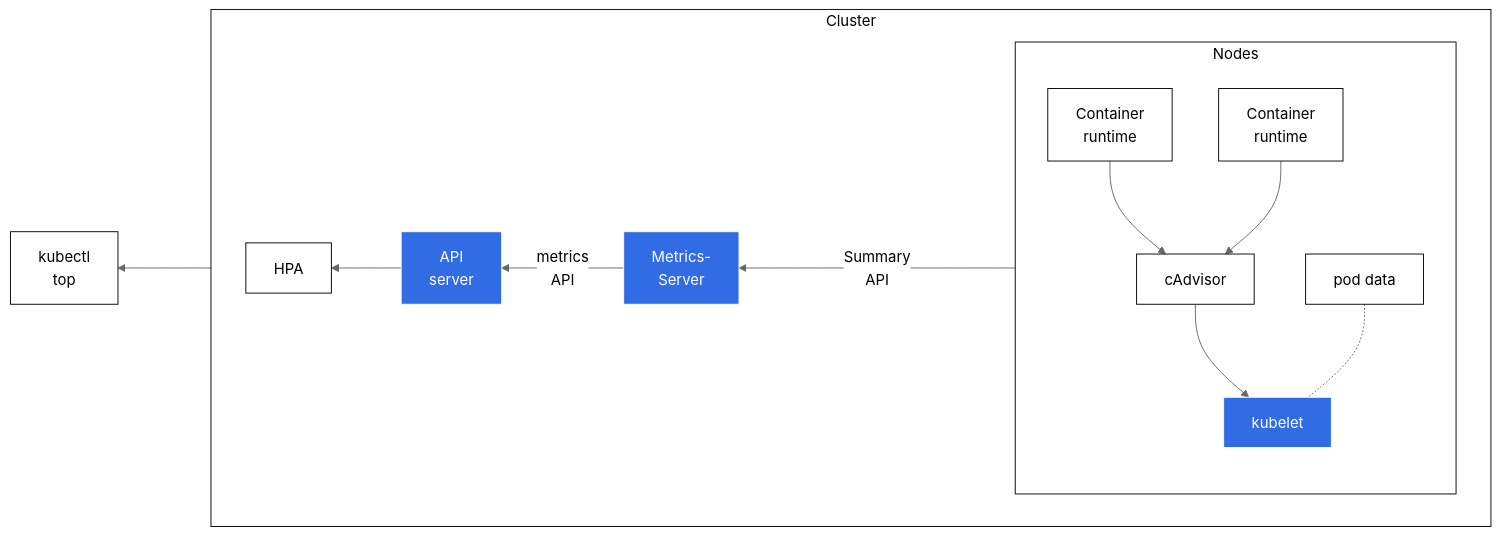
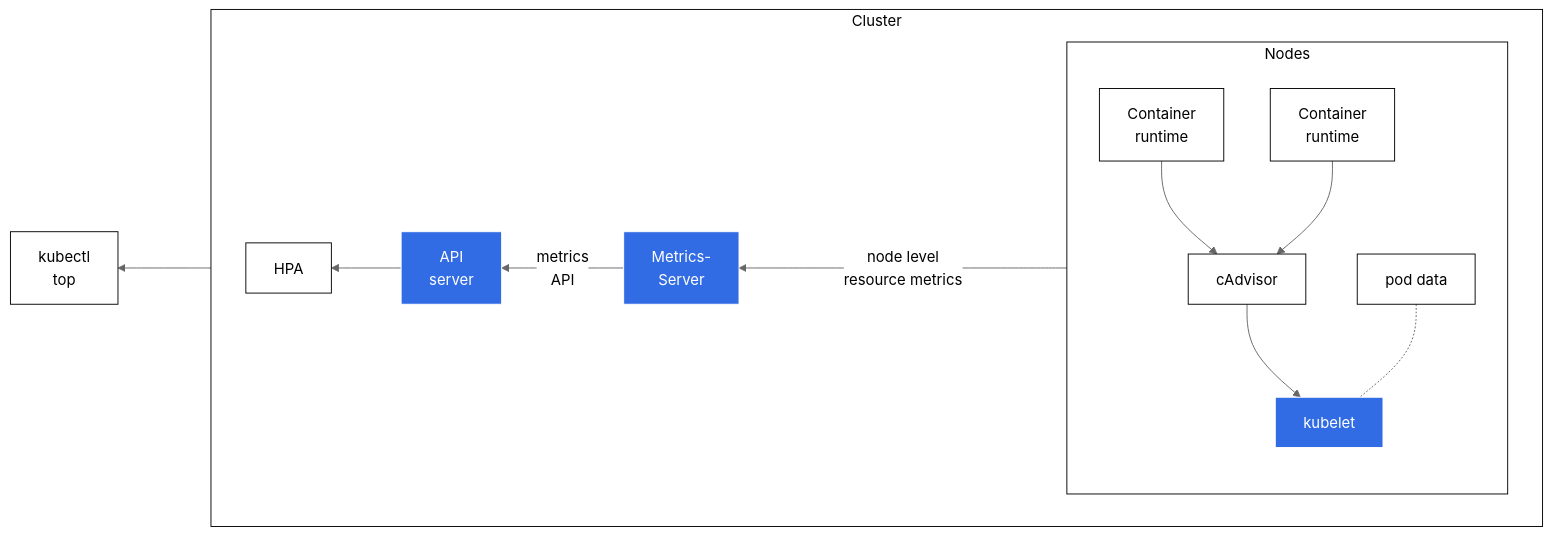
One commit to KimSJ15/kubernetes_website changed the diagram in content/en/docs/tasks/debug/debug-cluster/resource-metrics-pipeline.md. Above: the diagram before and after it, drawn with Mermaid (neutral theme). The commit also changed other lines of this file, not shown here.

First line of the commit message:
Change the indicator resource endpoint from the old version of Summar… (#41707)

```diff
--- a/content/en/docs/tasks/debug/debug-cluster/resource-metrics-pipeline.md
+++ b/content/en/docs/tasks/debug/debug-cluster/resource-metrics-pipeline.md
@@ -38,25 +38,25 @@
 {{< mermaid >}}
 flowchart RL
 subgraph cluster[Cluster]
 direction RL
 S[ <br><br> ]
 A[Metrics-<br>Server]
 subgraph B[Nodes]
 direction TB
 D[cAdvisor] --> C[kubelet]
 E[Container<br>runtime] --> D
 E1[Container<br>runtime] --> D
 P[pod data] -.- C
 end
 L[API<br>server]
 W[HPA]
-C ---->|Summary<br>API| A -->|metrics<br>API| L --> W
+C ---->|node level<br>resource metrics| A -->|metrics<br>API| L --> W
 end
 L ---> K[kubectl<br>top]
 classDef box fill:#fff,stroke:#000,stroke-width:1px,color:#000;
 class W,B,P,K,cluster,D,E,E1 box
 classDef spacewhite fill:#ffffff,stroke:#fff,stroke-width:0px,color:#000
 class S spacewhite
 classDef k8s fill:#326ce5,stroke:#fff,stroke-width:1px,color:#fff;
 class A,L,C k8s
 {{< /mermaid >}}
```
